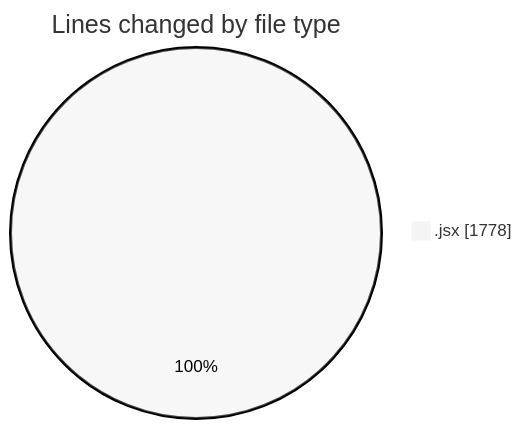
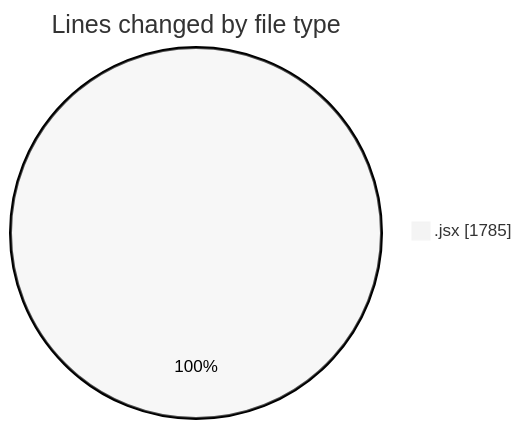
The first of 2 diagrams in 2025-05-26/nxtqube_webapp/README.md (nxtqubesakshisongat/code-tracking), drawn with Mermaid (neutral theme) before and after one commit. The commit also changed other lines of this file and 1 other file, not shown here.

````diff
--- a/2025-05-26/nxtqube_webapp/README.md
+++ b/2025-05-26/nxtqube_webapp/README.md
@@ -20,5 +20,5 @@
 ```mermaid
 pie showData
 title Lines changed by file type
-".jsx" : 1778
+".jsx" : 1785
 ```
````
